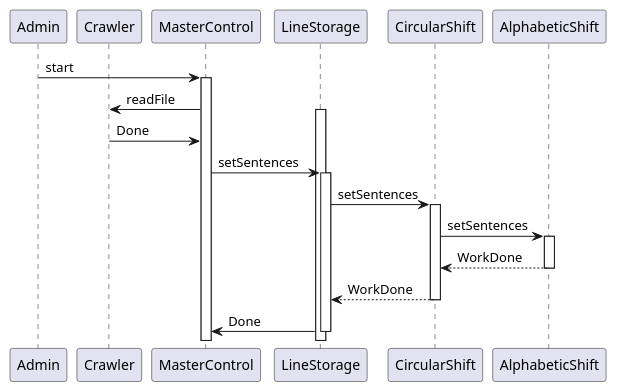
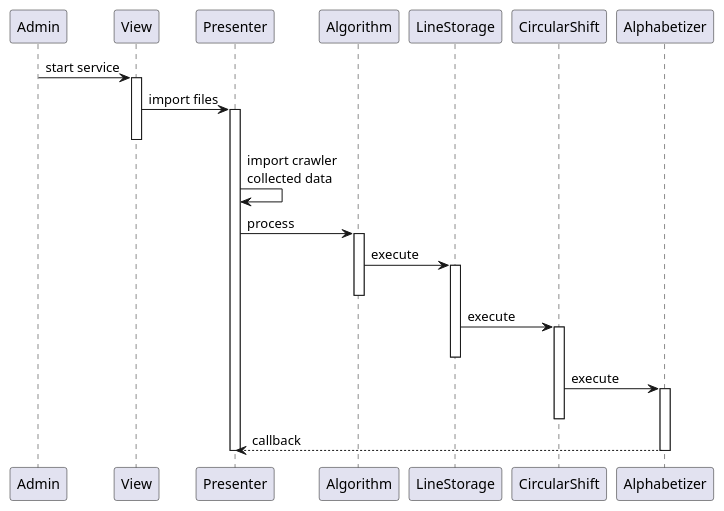
Before and after one commit to wenxi-zeng/sadocuments: the fifth of 5 diagrams in out/srsplantuml.md, drawn with PlantUML. The commit also changed other lines of this file, not shown here.

Commit message:
issue fixes

````diff
--- a/out/srsplantuml.md
+++ b/out/srsplantuml.md
@@ -152,33 +152,34 @@
 ```plantuml
 @startuml
 participant Admin
-participant Crawler
 
-Admin -> MasterControl: start
-activate MasterControl
+Admin -> View: start service
+activate View
 
-MasterControl -> Crawler: readFile
+View -> Presenter: import files
+activate Presenter
+deactivate View
+
+Presenter -> Presenter: import crawler\ncollected data
+
+Presenter -> Algorithm: process
+activate Algorithm
+
+Algorithm -> LineStorage: execute
 activate LineStorage
+deactivate Algorithm
 
-Crawler -> MasterControl: Done
-deactivate Crawler
+LineStorage -> CircularShift: execute
+activate CircularShift
+deactivate LineStorage
 
-MasterControl -> LineStorage: setSentences
-activate LineStorage
-
-LineStorage -> CircularShift: setSentences
-activate CircularShift
-
-CircularShift -> AlphabeticShift: setSentences
-activate AlphabeticShift
-AlphabeticShift --> CircularShift: WorkDone
-deactivate AlphabeticShift
-
-CircularShift --> LineStorage: WorkDone
+CircularShift -> Alphabetizer: execute
+activate Alphabetizer
 deactivate CircularShift
 
-LineStorage -> MasterControl: Done
-deactivate LineStorage
+Alphabetizer --> Presenter: callback
+deactivate Alphabetizer
+deactivate Presenter
 
 @enduml
 ```
````
